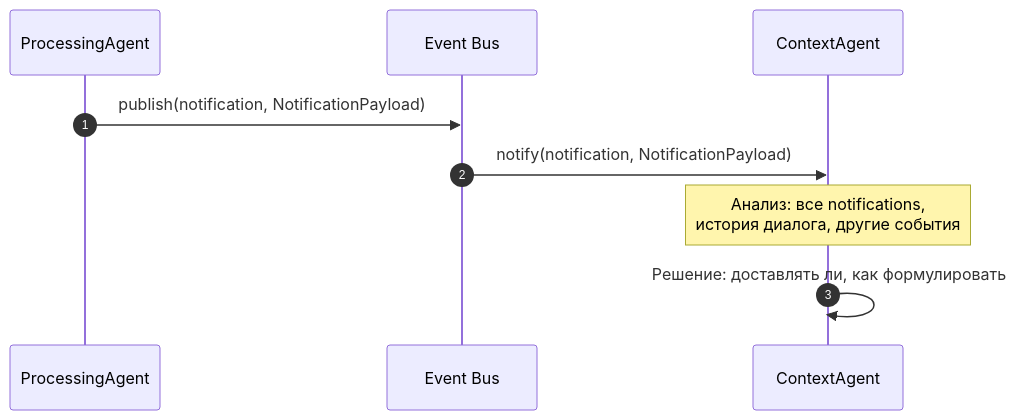
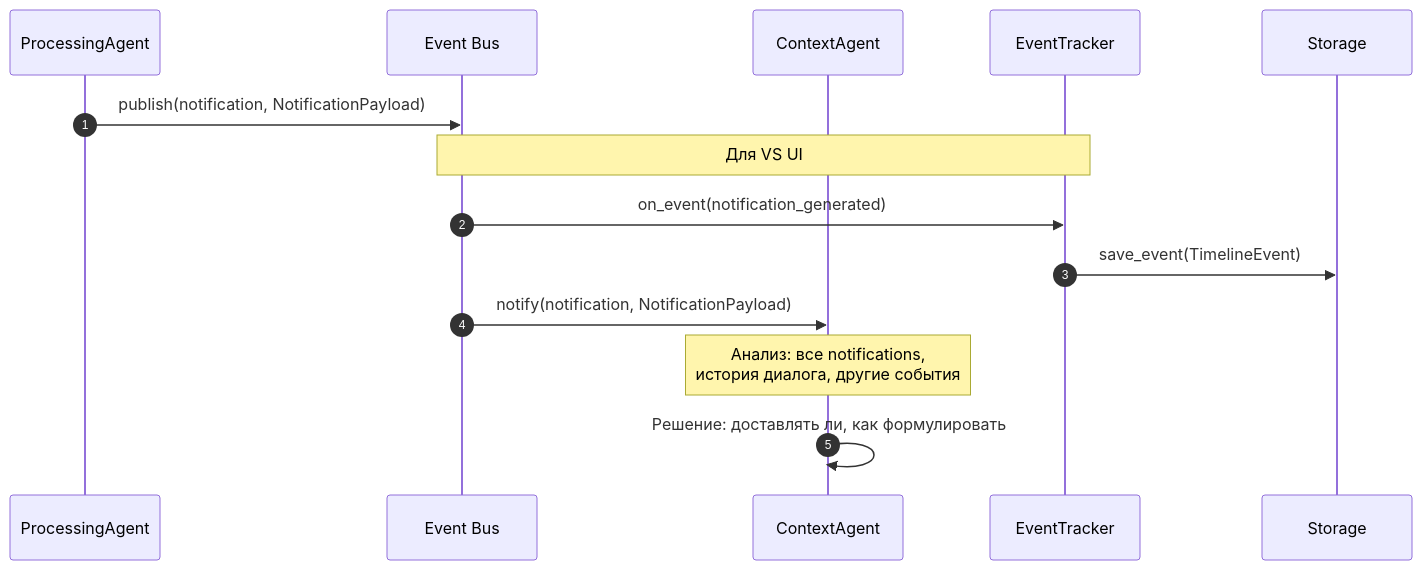
One commit to Dieugene/team-assistant changed the fifth of 15 diagrams in 00_docs/architecture/runtime_architecture.md. Above: the diagram before and after it, drawn with Mermaid. The commit also changed other lines of this file, not shown here.

First line of the commit message:
Update runtime architecture

````diff
--- a/00_docs/architecture/runtime_architecture.md
+++ b/00_docs/architecture/runtime_architecture.md
@@ -229,13 +306,19 @@
 ```mermaid
 sequenceDiagram
     autonumber
     participant PA as ProcessingAgent
     participant EB as Event Bus
     participant CA as ContextAgent
+    participant ET as EventTracker
 
     PA->>EB: publish(notification, NotificationPayload)
+
+    Note over ET,EB: Для VS UI
+    EB->>ET: on_event(notification_generated)
+    ET->>Storage: save_event(TimelineEvent)
+
     EB->>CA: notify(notification, NotificationPayload)
 
     Note over CA: Анализ: все notifications,<br/>история диалога, другие события
     CA->>CA: Решение: доставлять ли, как формулировать
 ```
````
